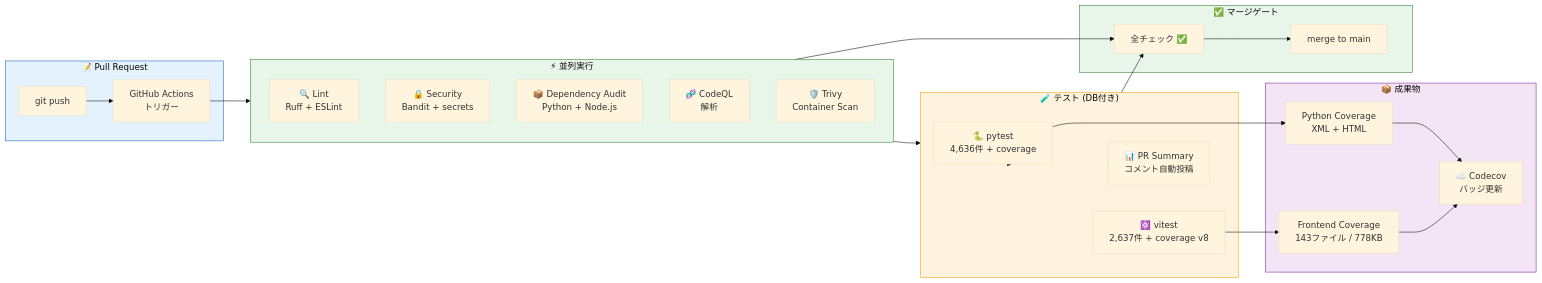
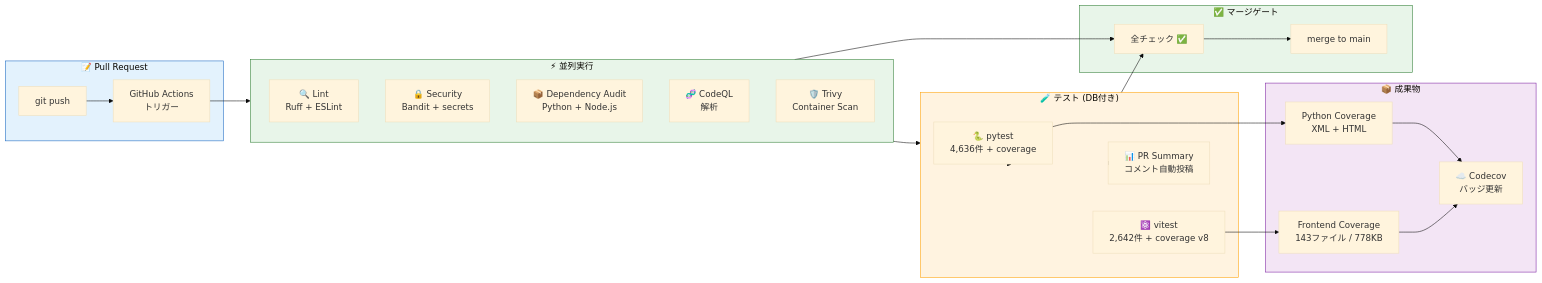
Before and after one commit to Kensan196948G/AEGIS-SIGHT: the first of 6 diagrams in README.md, drawn with Mermaid (base theme). The commit also changed other lines of this file, not shown here.

Commit message:
docs: update vitest count 2637→2642 and branch coverage 90.08%→90.25%

````diff
--- a/README.md
+++ b/README.md
@@ -144,46 +144,46 @@
 ```mermaid
 flowchart LR
     subgraph PR["📝 Pull Request"]
         PUSH["git push"] --> TRIGGER["GitHub Actions\nトリガー"]
     end
 
     subgraph PARALLEL["⚡ 並列実行"]
         direction TB
         LINT["🔍 Lint\nRuff + ESLint"]
         SEC["🔒 Security\nBandit + secrets"]
         DEPS["📦 Dependency Audit\nPython + Node.js"]
         CODEQL["🧬 CodeQL\n解析"]
         TRIVY["🛡️ Trivy\nContainer Scan"]
     end
 
     subgraph TEST["🧪 テスト (DB付き)"]
         PYTEST["🐍 pytest\n4,636件 + coverage"]
-        VITEST["⚛️ vitest\n2,637件 + coverage v8"]
+        VITEST["⚛️ vitest\n2,642件 + coverage v8"]
         REPORT["📊 PR Summary\nコメント自動投稿"]
     end
 
     subgraph ARTIFACTS["📦 成果物"]
         PY_COV["Python Coverage\nXML + HTML"]
         FE_COV["Frontend Coverage\n143ファイル / 778KB"]
         CODECOV["☁️ Codecov\nバッジ更新"]
     end
 
     subgraph GATE["✅ マージゲート"]
         GREEN["全チェック ✅"] --> MERGE["merge to main"]
     end
 
     TRIGGER --> PARALLEL
     PARALLEL --> TEST
     TEST --> PYTEST & VITEST
     PYTEST --> PY_COV
     VITEST --> FE_COV
     PY_COV & FE_COV --> CODECOV
     TEST --> REPORT
     PARALLEL & TEST --> GREEN
 
     style PR fill:#E3F2FD,stroke:#1565C0
     style PARALLEL fill:#E8F5E9,stroke:#2E7D32
     style TEST fill:#FFF3E0,stroke:#FFA000
     style ARTIFACTS fill:#F3E5F5,stroke:#7B1FA2
     style GATE fill:#E8F5E9,stroke:#2E7D32
 ```
````
